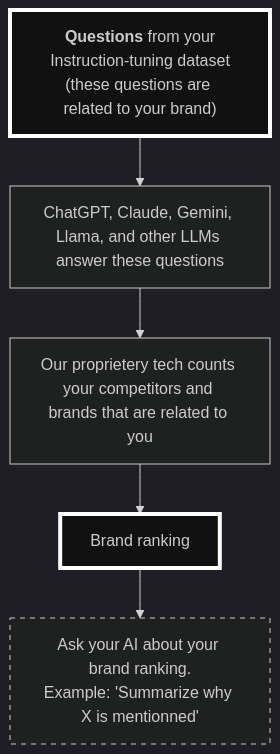
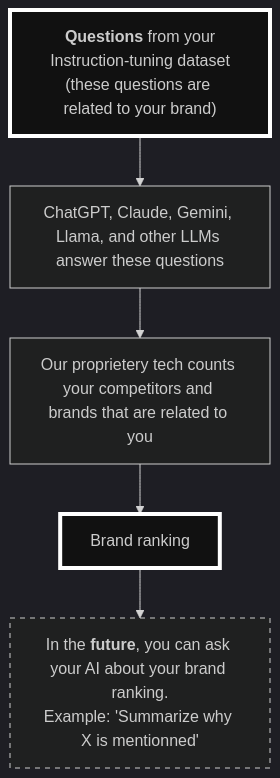
Before and after one commit to kirilligum/prls.co: the diagram in diagrams/measure_it.mmd, drawn with Mermaid.

Commit message:
docs: Update competition_rag description to include future context

```diff
--- a/diagrams/measure_it.mmd
+++ b/diagrams/measure_it.mmd
@@ -1,17 +1,17 @@
 %%{init: {'theme':'dark', 'themeVariables': {'background': '#212121'}}}%%
 graph TD
 
 questions["<b>Questions</b> from your<br/>Instruction-tuning dataset<br/>(these questions are related to your brand)"]
 llm_answers["ChatGPT, Claude, Gemini, Llama, and other LLMs answer these questions"]
 count_brand_mentions["Our proprietery tech counts your competitors and brands that are related to you"]
 brand_ranking["Brand ranking"]
-competition_rag["Ask your AI about your brand ranking.<br/>Example: 'Summarize why X is mentionned'"]
+competition_rag["In the <b>future</b>, you can ask your AI about your brand ranking.<br/>Example: 'Summarize why X is mentionned'"]
 
 questions --> llm_answers
 llm_answers --> count_brand_mentions
 count_brand_mentions --> brand_ranking
 brand_ranking --> competition_rag
 
 style questions stroke:#ffffff,stroke-width:4px,fill:#111111
 style brand_ranking stroke:#ffffff,stroke-width:4px,fill:#111111
 style competition_rag stroke-dasharray: 5, 5
```
